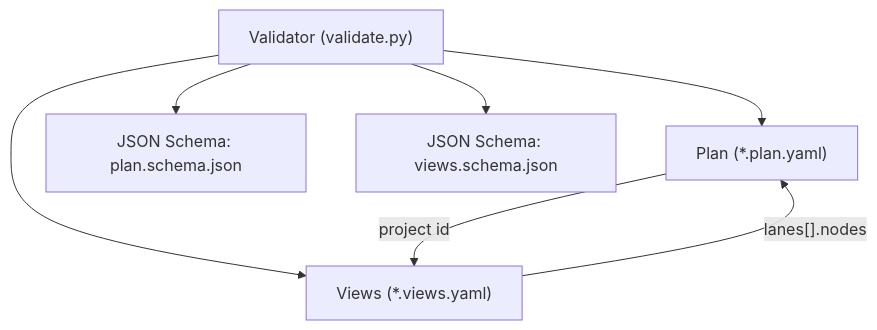
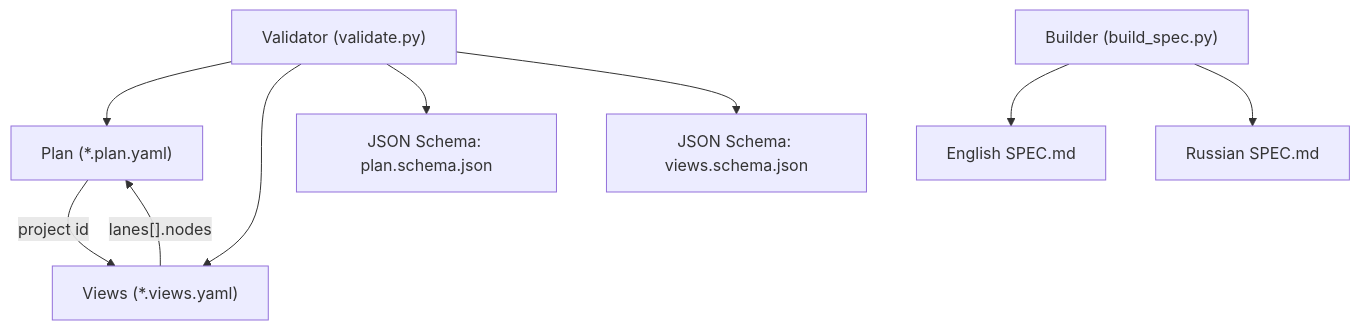
Before and after one commit to asukhodko/opskarta: the second of 13 diagrams in .qoder/repowiki/en/content/Specification Reference/Specification Reference.md, drawn with Mermaid. The commit also changed other lines of this file and 7 other files, not shown here.

First line of the commit message:
feat(docs): add bilingual English and Russian examples and specifications

````diff
--- a/.qoder/repowiki/en/content/Specification Reference/Specification Reference.md
+++ b/.qoder/repowiki/en/content/Specification Reference/Specification Reference.md
@@ -151,14 +194,19 @@
 ```mermaid
 graph TB
 P["Plan (*.plan.yaml)"]
 V["Views (*.views.yaml)"]
 S1["JSON Schema: plan.schema.json"]
 S2["JSON Schema: views.schema.json"]
 VAL["Validator (validate.py)"]
+BUILD["Builder (build_spec.py)"]
+EN["English SPEC.md"]
+RU["Russian SPEC.md"]
+BUILD --> EN
+BUILD --> RU
 VAL --> P
 VAL --> V
 VAL --> S1
 VAL --> S2
 P --> |"project id"| V
 V --> |"lanes[].nodes"| P
 ```
````
